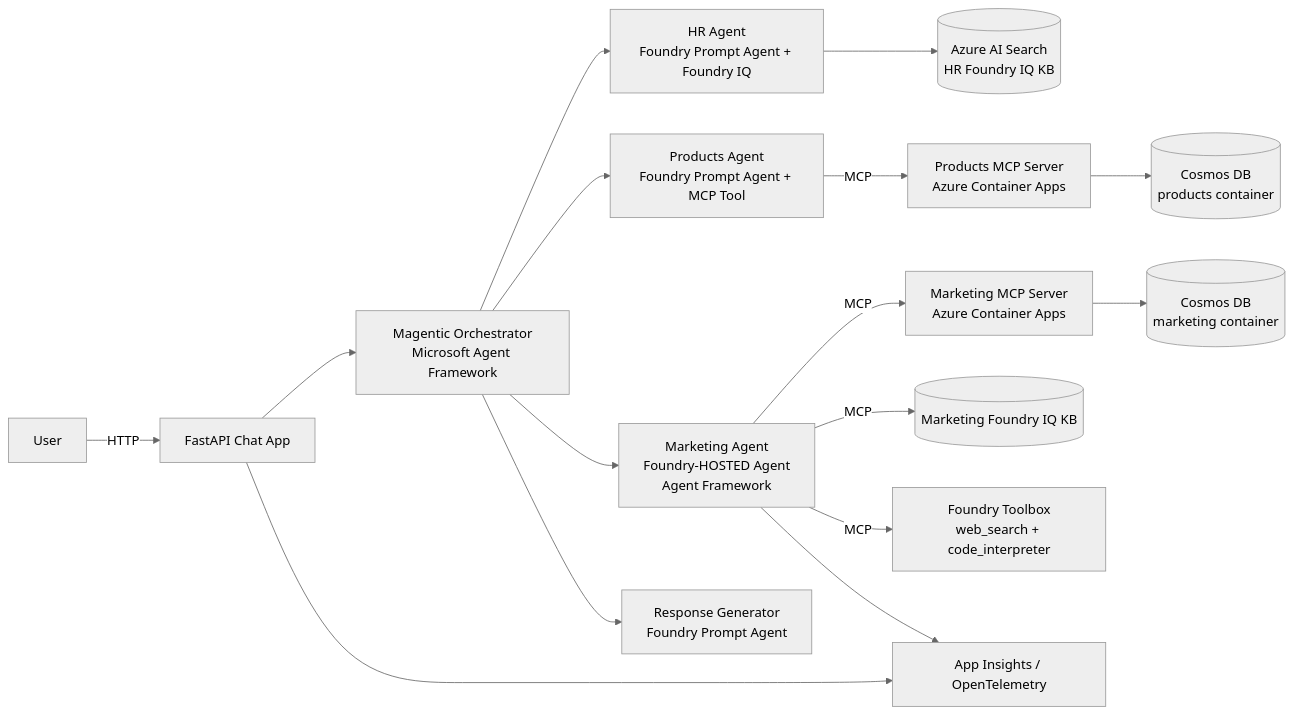
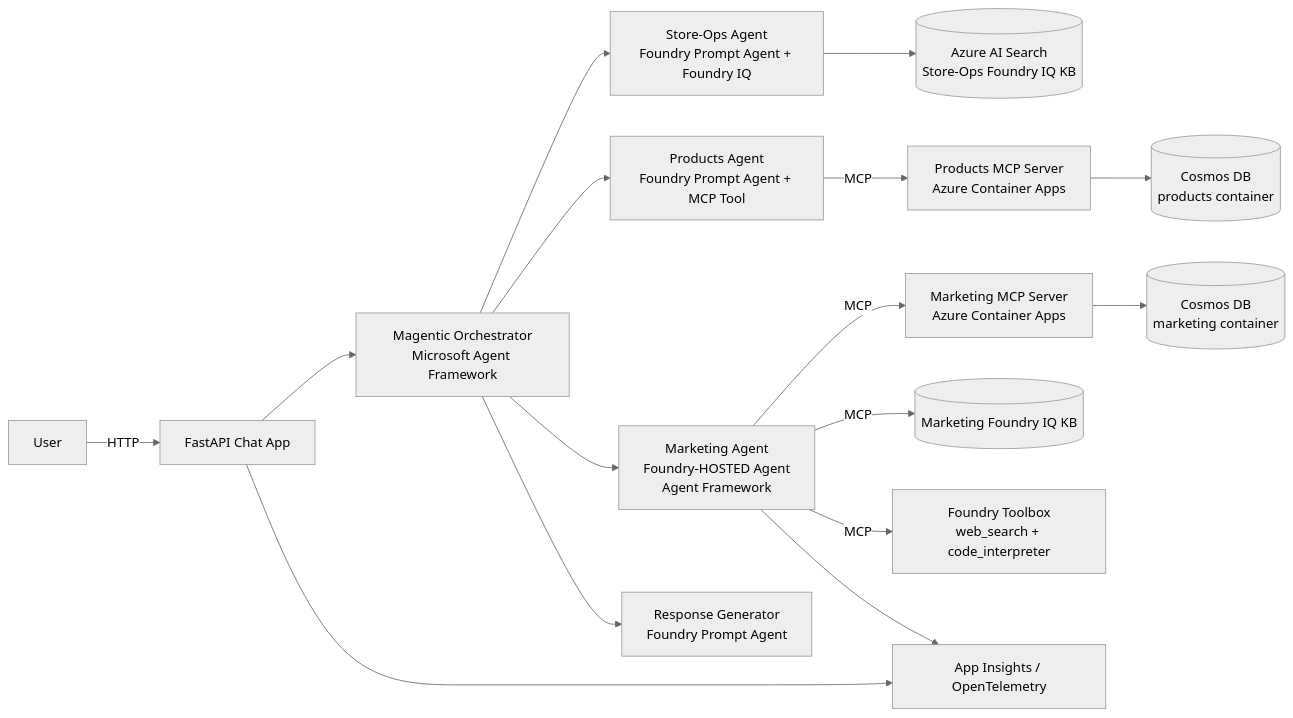
One commit to SinglaSandeep/ai-agents-workshop changed the diagram in README.md. Above: the diagram before and after it, drawn with Mermaid (neutral theme). The commit also changed other lines of this file and 1 other file, not shown here.

````diff
--- a/README.md
+++ b/README.md
@@ -44,18 +56,18 @@
 ```mermaid
 flowchart LR
     U[User] -->|HTTP| W[FastAPI Chat App]
     W --> O[Magentic Orchestrator<br/>Microsoft Agent Framework]
-    O --> HR[HR Agent<br/>Foundry Prompt Agent + Foundry IQ]
+    O --> SO[Store-Ops Agent<br/>Foundry Prompt Agent + Foundry IQ]
     O --> PR[Products Agent<br/>Foundry Prompt Agent + MCP Tool]
     O --> MK[Marketing Agent<br/>Foundry-HOSTED Agent<br/>Agent Framework]
     O --> RG[Response Generator<br/>Foundry Prompt Agent]
-    HR  --> AIS[(Azure AI Search<br/>HR Foundry IQ KB)]
+    SO  --> AIS[(Azure AI Search<br/>Store-Ops Foundry IQ KB)]
     PR  -->|MCP| PMCP[Products MCP Server<br/>Azure Container Apps]
     MK  -->|MCP| MMCP[Marketing MCP Server<br/>Azure Container Apps]
     MK  -->|MCP| MKB[(Marketing Foundry IQ KB)]
     MK  -->|MCP| TB[Foundry Toolbox<br/>web_search + code_interpreter]
     PMCP --> COS[(Cosmos DB<br/>products container)]
     MMCP --> COS2[(Cosmos DB<br/>marketing container)]
     W --> OBS[App Insights / OpenTelemetry]
     MK --> OBS
 ```
````
